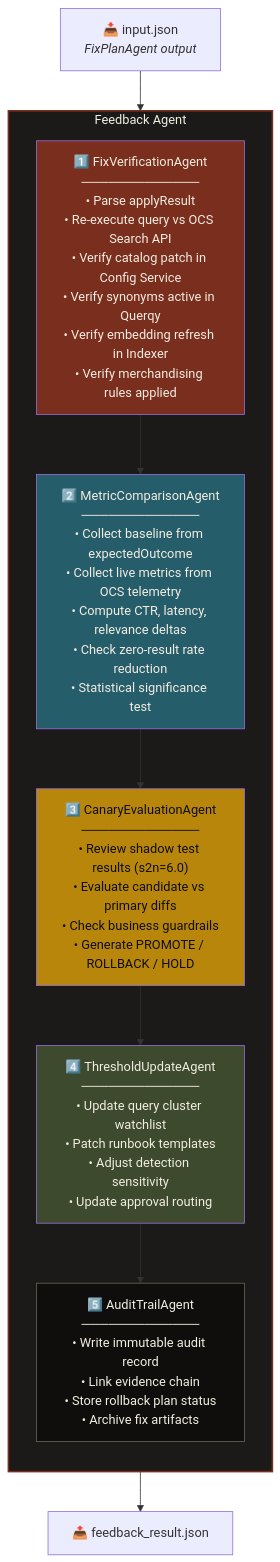
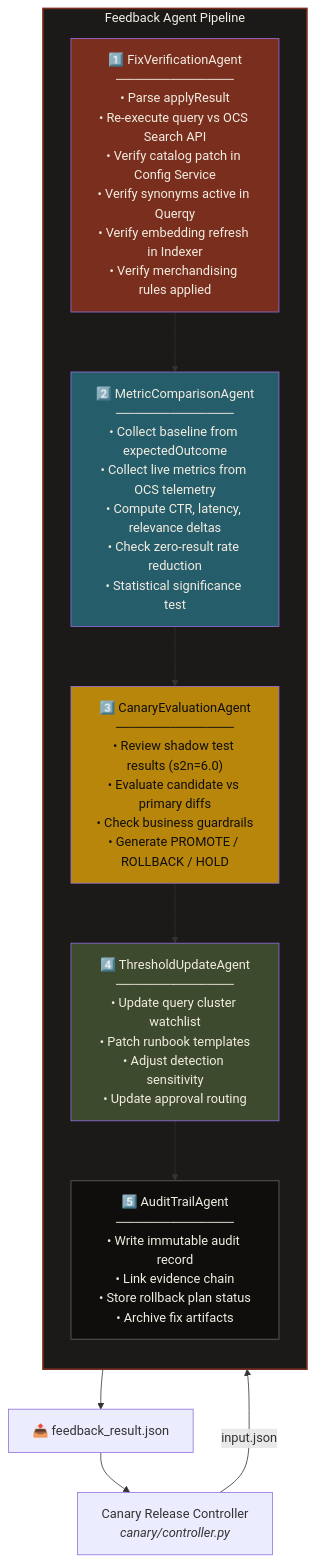
The second of 7 diagrams in OCS_Feedback_Agent_Architecture.md (bhsinghgrid/Team_8_Ops_Automation_Harness), drawn with Mermaid before and after one commit. The commit also changed other lines of this file, not shown here.

Commit message:
Updated diagram

````diff
--- a/OCS_Feedback_Agent_Architecture.md
+++ b/OCS_Feedback_Agent_Architecture.md
@@ -48,29 +56,30 @@
 ```mermaid
 graph TB
-    INPUT["📥 input.json<br/><i>FixPlanAgent output</i>"] --> FA
-
-    subgraph FA["Feedback Agent"]
+    CANARY["Canary Release Controller<br/><i>canary/controller.py</i>"] -->|input.json| FA
+ 
+    subgraph FA["Feedback Agent Pipeline"]
         direction TB
 
         FV["1️⃣ FixVerificationAgent<br/>─────────────<br/>• Parse applyResult<br/>• Re-execute query vs OCS Search API<br/>• Verify catalog patch in Config Service<br/>• Verify synonyms active in Querqy<br/>• Verify embedding refresh in Indexer<br/>• Verify merchandising rules applied"]
 
         MC["2️⃣ MetricComparisonAgent<br/>─────────────<br/>• Collect baseline from expectedOutcome<br/>• Collect live metrics from OCS telemetry<br/>• Compute CTR, latency, relevance deltas<br/>• Check zero-result rate reduction<br/>• Statistical significance test"]
 
         CE["3️⃣ CanaryEvaluationAgent<br/>─────────────<br/>• Review shadow test results (s2n=6.0)<br/>• Evaluate candidate vs primary diffs<br/>• Check business guardrails<br/>• Generate PROMOTE / ROLLBACK / HOLD"]
 
         TU["4️⃣ ThresholdUpdateAgent<br/>─────────────<br/>• Update query cluster watchlist<br/>• Patch runbook templates<br/>• Adjust detection sensitivity<br/>• Update approval routing"]
 
         AT["5️⃣ AuditTrailAgent<br/>─────────────<br/>• Write immutable audit record<br/>• Link evidence chain<br/>• Store rollback plan status<br/>• Archive fix artifacts"]
 
         FV --> MC --> CE --> TU --> AT
     end
 
     AT --> OUTPUT["📤 feedback_result.json"]
+    OUTPUT --> CANARY
 
     style FA fill:#1B1A18,color:#F2EDE1,stroke:#7A2E1E,stroke-width:2px
     style FV fill:#7A2E1E,color:#F2EDE1
     style MC fill:#265D6B,color:#F2EDE1
     style CE fill:#B8860B,color:#0F0E0C
     style TU fill:#3D4A2E,color:#F2EDE1
     style AT fill:#0F0E0C,color:#F2EDE1,stroke:#6B6558
 ```
````
